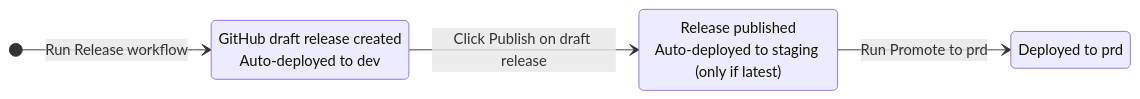
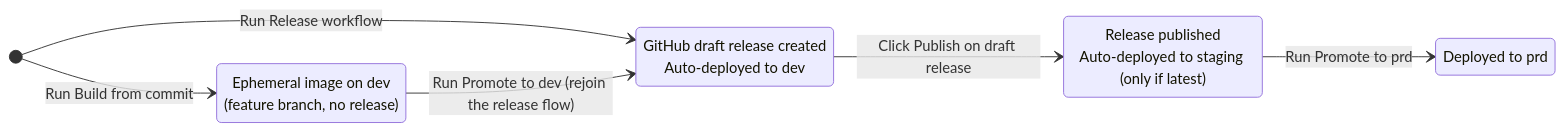
The first of 2 diagrams in docs/operations/release-flow.md (rodekruis/qualitative-feedback-analysis), drawn with Mermaid before and after one commit. The commit also changed other lines of this file, not shown here.

Commit message:
docs(release-flow): add Build from commit to the promotion diagram
Show the ephemeral feature-branch build as a distinct entry into dev that
cannot proceed down the promotion pipeline (rejoin via Promote to dev). Also
demote the secondary Promote-to-dev/staging note to normal prose.

````diff
--- a/docs/operations/release-flow.md
+++ b/docs/operations/release-flow.md
@@ -9,11 +9,14 @@
 ```mermaid
 stateDiagram-v2
     direction LR
     state "GitHub draft release created<br/>Auto-deployed to dev" as Dev
     state "Release published<br/>Auto-deployed to staging (only if latest)" as Published
     state "Deployed to prd" as Prd
+    state "Ephemeral image on dev<br/>(feature branch, no release)" as Ephemeral
 
     [*] --> Dev: Run Release workflow
     Dev --> Published: Click Publish on draft release
     Published --> Prd: Run Promote to prd
+    [*] --> Ephemeral: Run Build from commit
+    Ephemeral --> Dev: Run Promote to dev (rejoin the release flow)
 ```
````
